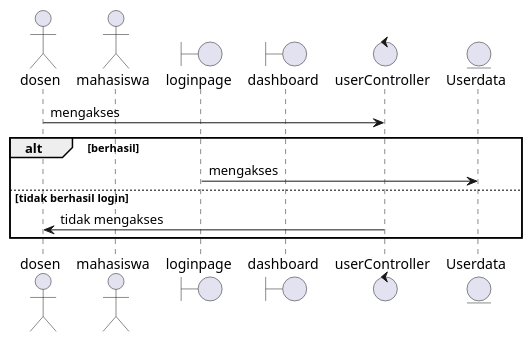
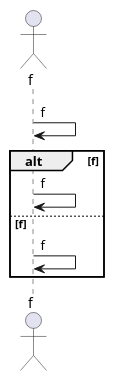
The diagram in generate/tools/sequence_diagram.puml (AgileRE-2024/Generate), drawn with PlantUML before and after one commit. The commit also changed 60 other files, not shown here.

```diff
--- a/generate/tools/sequence_diagram.puml
+++ b/generate/tools/sequence_diagram.puml
@@ -1,14 +1,12 @@
 @startuml
-actor dosen
-actor mahasiswa
-boundary loginpage
-boundary dashboard
-control userController
-entity Userdata
-dosen -> userController : mengakses
-alt berhasil 
-loginpage -> Userdata : mengakses
-else tidak berhasil login
-userController -> dosen : tidak mengakses
+actor f
+boundary f
+control f
+entity f
+f -> f : f
+alt f
+f -> f : f
+else f
+f -> f : f
 end
 @enduml
```
